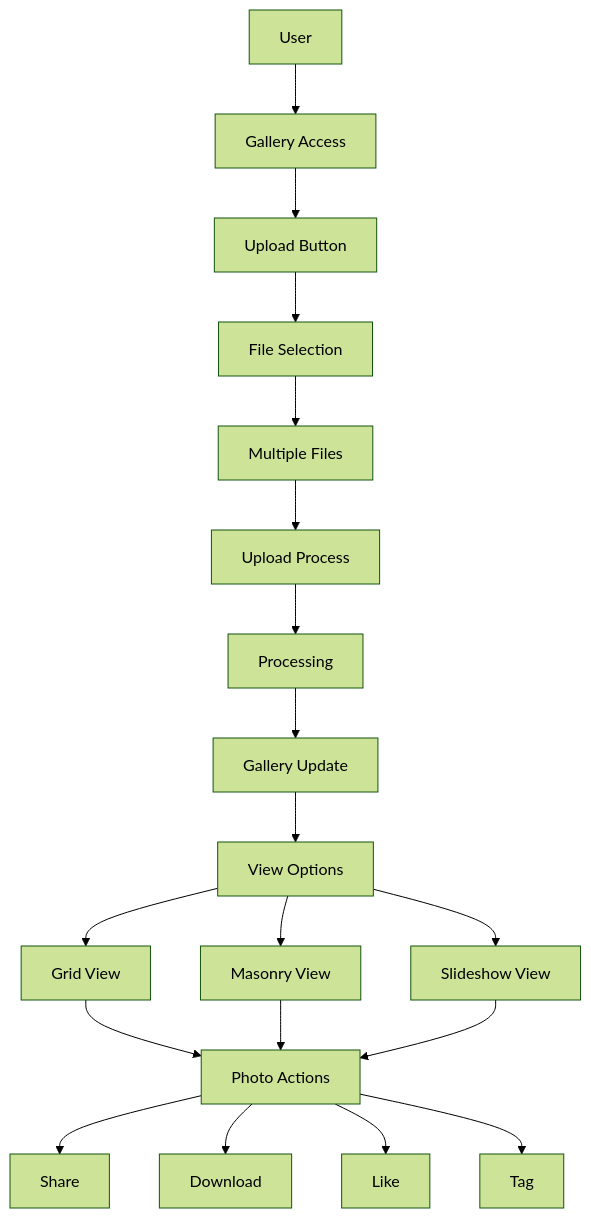
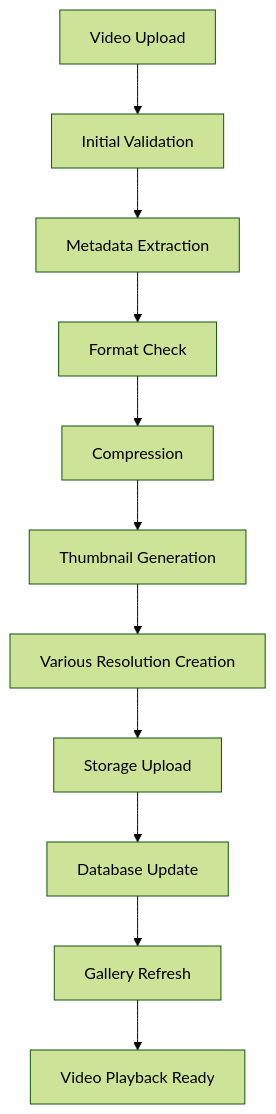
One commit to mrj0nesmtl/cloud-burst changed the third of 3 diagrams in docs/user-flows/user_flow_chart.md. Above: the diagram before and after it, drawn with Mermaid (forest theme). The commit also changed other lines of this file and 37 other files, not shown here.

````diff
--- a/docs/user-flows/user_flow_chart.md
+++ b/docs/user-flows/user_flow_chart.md
@@ -97,21 +127,13 @@
 ```mermaid
 flowchart TD
-    A[User] --> B[Gallery Access]
-    B --> C[Upload Button]
-    C --> D[File Selection]
-    D --> E[Multiple Files]
-    E --> F[Upload Process]
-    F --> G[Processing]
-    G --> H[Gallery Update]
-    H --> I[View Options]
-    I --> J[Grid View]
-    I --> K[Masonry View]
-    I --> L[Slideshow View]
-    J --> M[Photo Actions]
-    K --> M
-    L --> M
-    M --> N[Share]
-    M --> O[Download]
-    M --> P[Like]
-    M --> Q[Tag]
+    A[Video Upload] --> B[Initial Validation]
+    B --> C[Metadata Extraction]
+    C --> D[Format Check]
+    D --> E[Compression]
+    E --> F[Thumbnail Generation]
+    F --> G[Various Resolution Creation]
+    G --> H[Storage Upload]
+    H --> I[Database Update]
+    I --> J[Gallery Refresh]
+    J --> K[Video Playback Ready]
 ```
````
